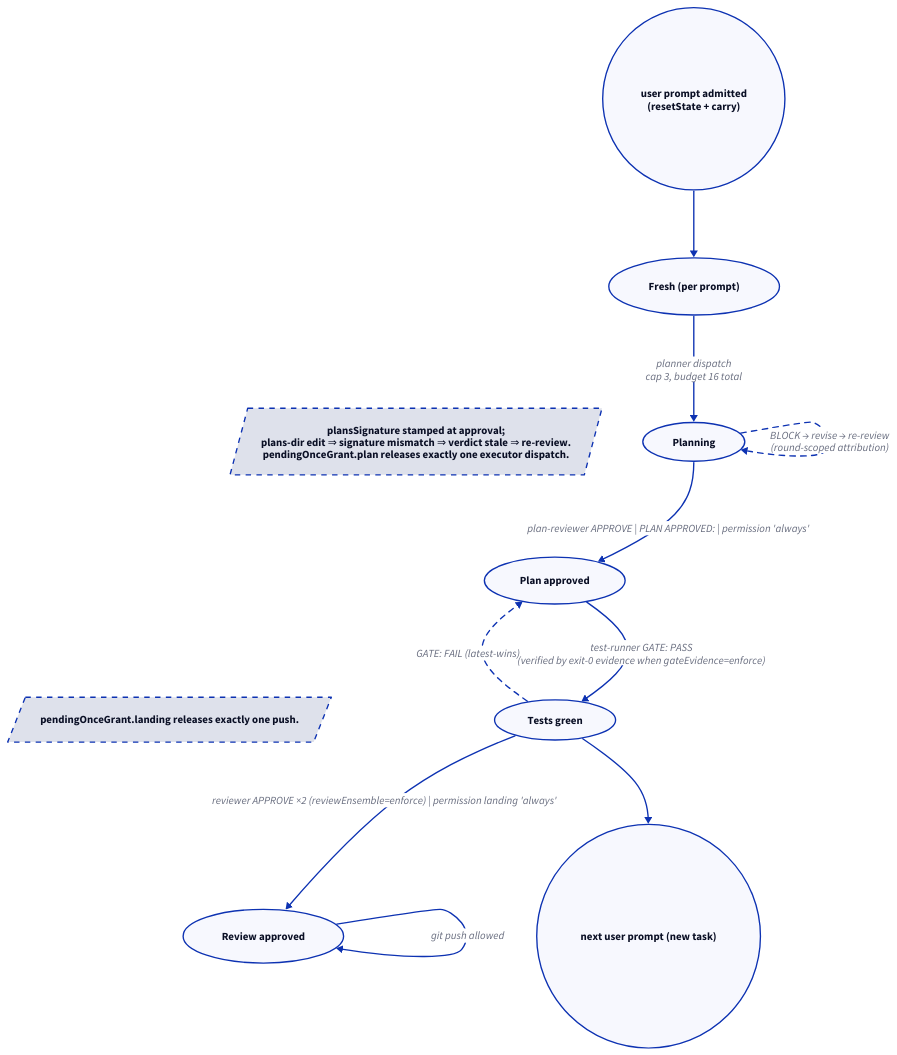
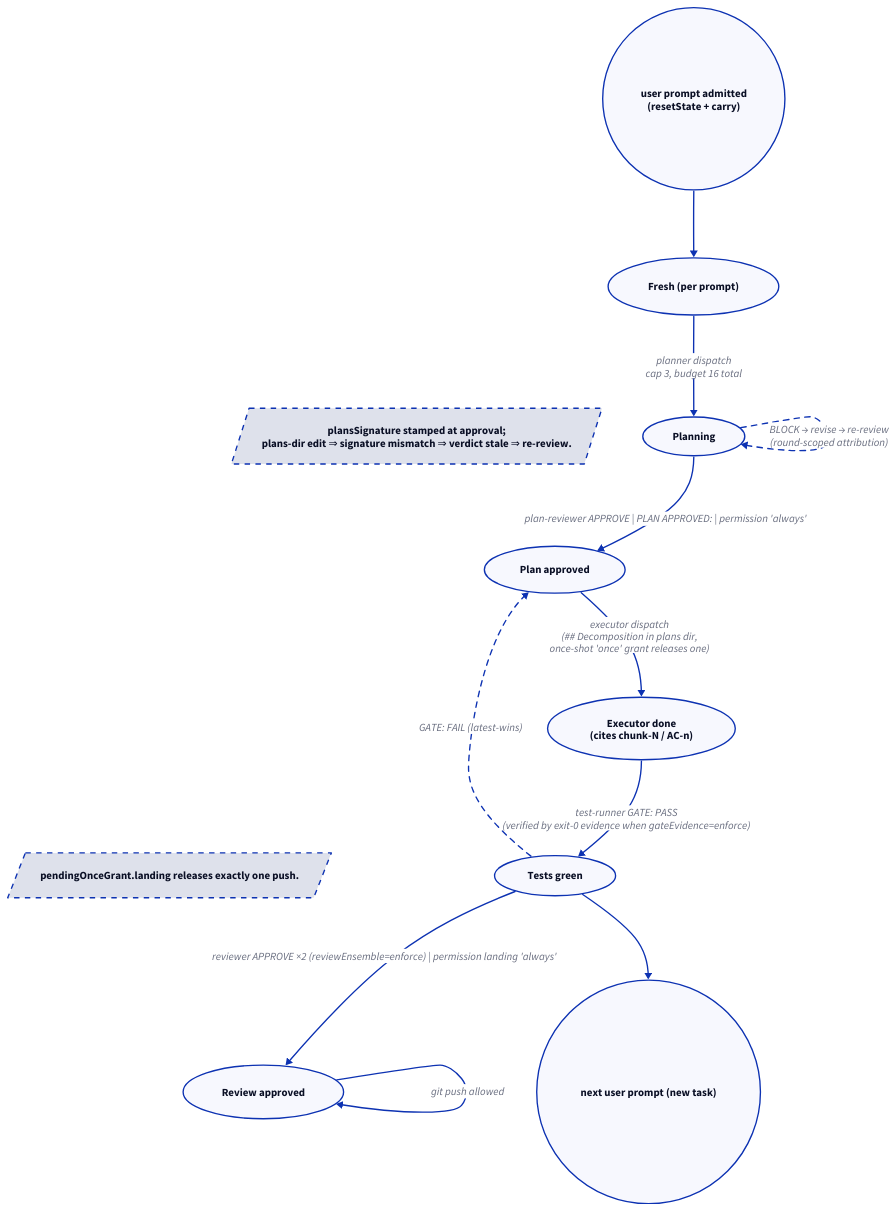
Before and after one commit to edseabolt/turnstile: the diagram in docs/diagrams/d04-gate-state.d2, drawn with D2. The commit also changed 8 other files, not shown here.

First line of the commit message:
docs: fix diagram inaccuracies and add missing executor to gate state

```diff
--- a/docs/diagrams/d04-gate-state.d2
+++ b/docs/diagrams/d04-gate-state.d2
@@ -1,53 +1,57 @@
 direction: down
 
 fresh: "Fresh (per prompt)" {
   shape: oval
 }
 planning: "Planning" {
   shape: oval
 }
 planok: "Plan approved" {
+  shape: oval
+}
+executor: "Executor done\n(cites chunk-N / AC-n)" {
   shape: oval
 }
 green: "Tests green" {
   shape: oval
 }
 reviewed: "Review approved" {
   shape: oval
 }
 end: "next user prompt (new task)" {
   shape: circle
 }
 
 start: "user prompt admitted\n(resetState + carry)" {
   shape: circle
 }
 
 start -> fresh
 fresh -> planning: "planner dispatch\ncap 3, budget 16 total"
 planning -> planok: "plan-reviewer APPROVE | PLAN APPROVED: | permission 'always'"
 planning -> planning: "BLOCK → revise → re-review\n(round-scoped attribution)" {
   style.stroke-dash: 4
 }
-planok -> green: "test-runner GATE: PASS\n(verified by exit-0 evidence when gateEvidence=enforce)"
+planok -> executor: "executor dispatch\n(## Decomposition in plans dir,\nonce-shot 'once' grant releases one)"
+executor -> green: "test-runner GATE: PASS\n(verified by exit-0 evidence when gateEvidence=enforce)"
 green -> planok: "GATE: FAIL (latest-wins)" {
   style.stroke-dash: 4
 }
 green -> reviewed: "reviewer APPROVE ×2 (reviewEnsemble=enforce) | permission landing 'always'"
 reviewed -> reviewed: "git push allowed"
 green -> end
 
-planok-note: "plansSignature stamped at approval;\nplans-dir edit ⇒ signature mismatch ⇒ verdict stale ⇒ re-review.\npendingOnceGrant.plan releases exactly one executor dispatch." {
+planok-note: "plansSignature stamped at approval;\nplans-dir edit ⇒ signature mismatch ⇒ verdict stale ⇒ re-review." {
   style.stroke-dash: 4
   shape: parallelogram
 }
 reviewed-note: "pendingOnceGrant.landing releases exactly one push." {
   style.stroke-dash: 4
   shape: parallelogram
 }
 planok-note -> planok: "" {
   style.opacity: 0
 }
 reviewed-note -> reviewed: "" {
   style.opacity: 0
 }
```
